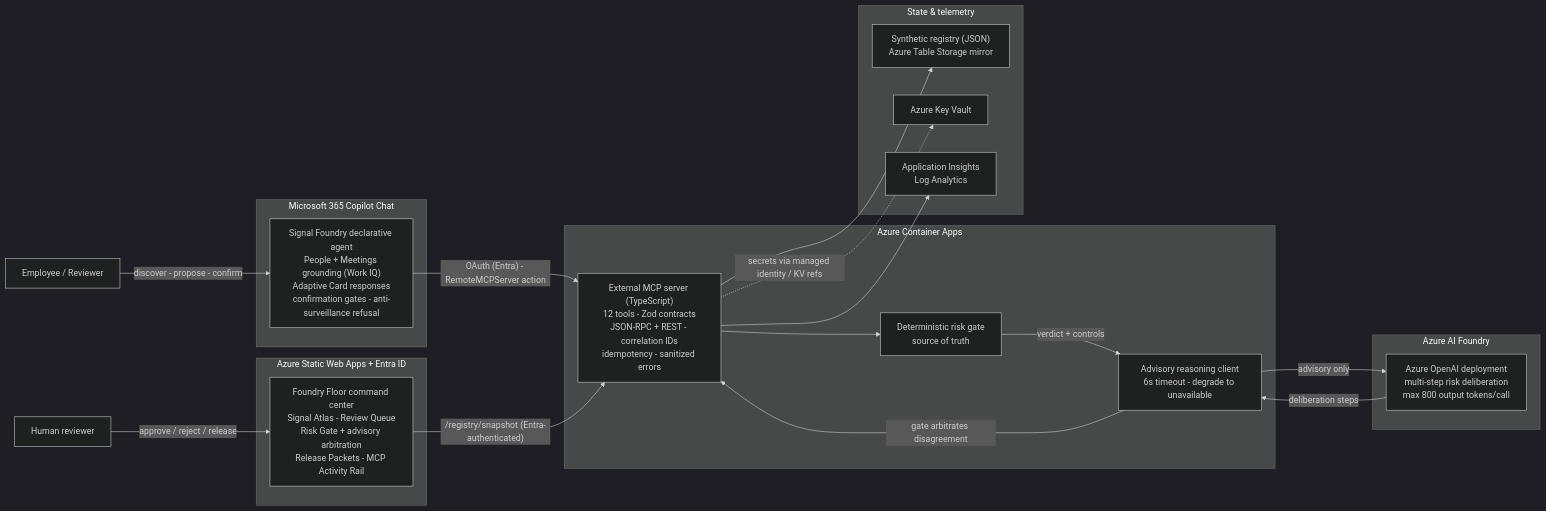
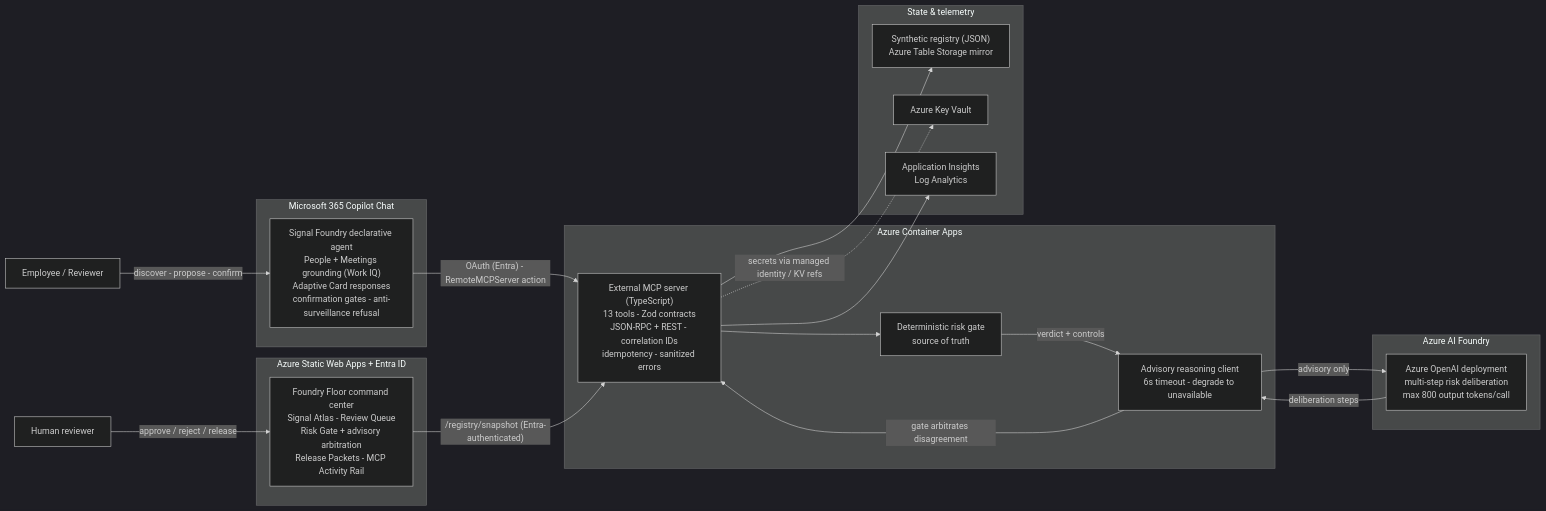
One commit to centrix-labs/signal-foundry changed the diagram in docs/submission/architecture.md. Above: the diagram before and after it, drawn with Mermaid (dark theme). The commit also changed other lines of this file and 18 other files, not shown here.

````diff
--- a/docs/submission/architecture.md
+++ b/docs/submission/architecture.md
@@ -3,39 +3,39 @@
 ```mermaid
 flowchart LR
     subgraph M365["Microsoft 365 Copilot Chat"]
         DA["Signal Foundry declarative agent\nPeople + Meetings grounding (Work IQ)\nAdaptive Card responses\nconfirmation gates - anti-surveillance refusal"]
     end
 
     subgraph ACA["Azure Container Apps"]
-        MCP["External MCP server (TypeScript)\n12 tools - Zod contracts\nJSON-RPC + REST - correlation IDs\nidempotency - sanitized errors"]
+        MCP["External MCP server (TypeScript)\n13 tools - Zod contracts\nJSON-RPC + REST - correlation IDs\nidempotency - sanitized errors"]
         GATE["Deterministic risk gate\nsource of truth"]
         ADV["Advisory reasoning client\n6s timeout - degrade to unavailable"]
     end
 
     subgraph FOUNDRY["Azure AI Foundry"]
         LLM["Azure OpenAI deployment\nmulti-step risk deliberation\nmax 800 output tokens/call"]
     end
 
     subgraph SWA["Azure Static Web Apps + Entra ID"]
         FLOOR["Foundry Floor command center\nSignal Atlas - Review Queue\nRisk Gate + advisory arbitration\nRelease Packets - MCP Activity Rail"]
     end
 
     subgraph DATA["State & telemetry"]
         REG["Synthetic registry (JSON)\nAzure Table Storage mirror"]
         KV["Azure Key Vault"]
         AI["Application Insights\nLog Analytics"]
     end
 
     USER["Employee / Reviewer"] -->|"discover - propose - confirm"| DA
     DA -->|"OAuth (Entra) - RemoteMCPServer action"| MCP
     MCP --> GATE
     GATE -->|"verdict + controls"| ADV
     ADV -->|"advisory only"| LLM
     LLM -->|"deliberation steps"| ADV
     ADV -->|"gate arbitrates disagreement"| MCP
     MCP --> REG
     MCP --> AI
     MCP -.->|"secrets via managed identity / KV refs"| KV
     REVIEWER["Human reviewer"] -->|"approve / reject / release"| FLOOR
     FLOOR -->|"/registry/snapshot (Entra-authenticated)"| MCP
 ```
````
